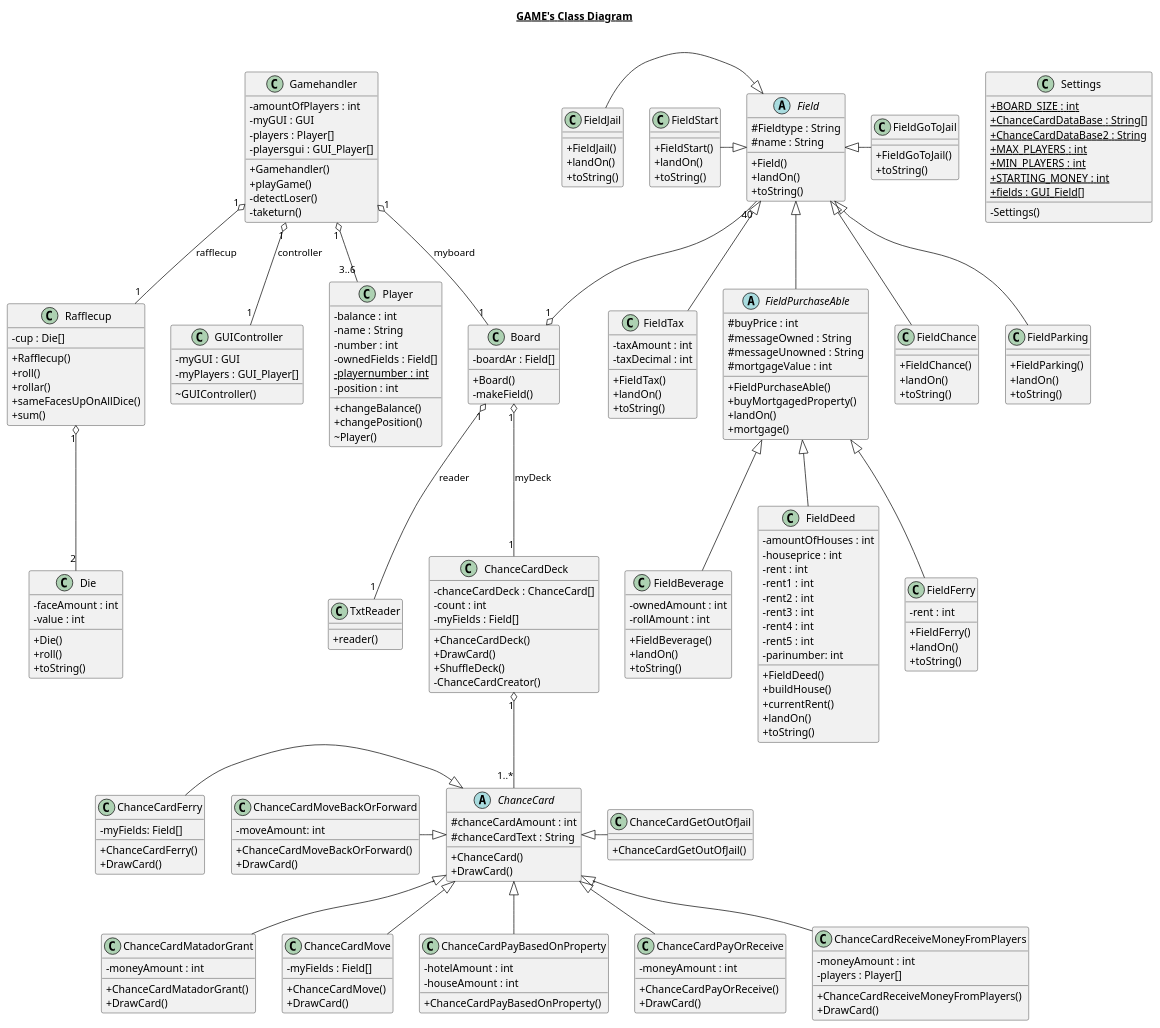
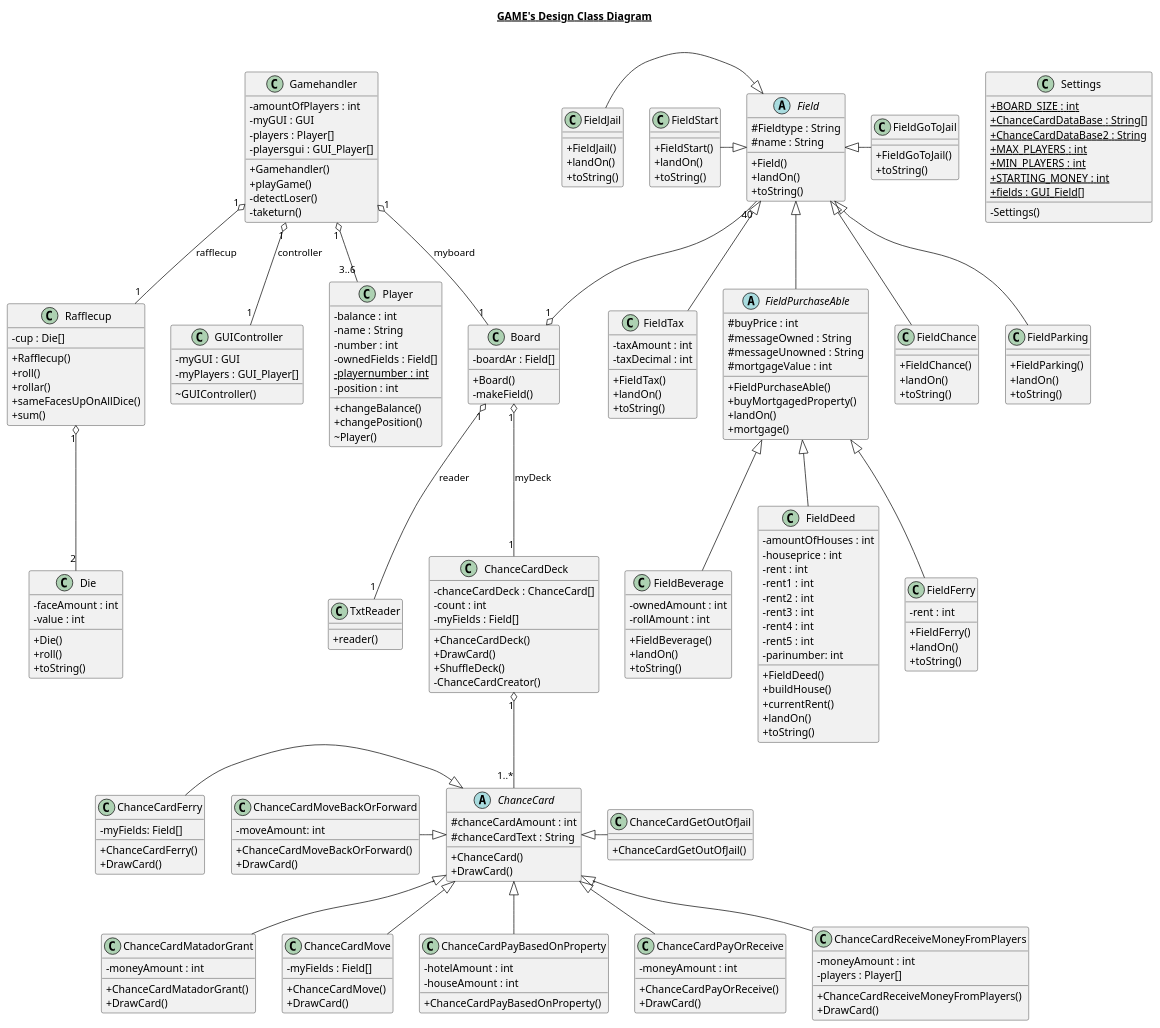
Before and after one commit to christianhyltoft/GAMEassignment: the diagram in UML/DesignClassDiagram.plantuml, drawn with PlantUML.

Commit message:
Diagram update

```diff
--- a/UML/DesignClassDiagram.plantuml
+++ b/UML/DesignClassDiagram.plantuml
@@ -1,7 +1,7 @@
 @startuml
 skinparam classAttributeIconSize 0
 
-title __GAME's Class Diagram__\n
+title __GAME's Design Class Diagram__\n
 
     class Board {
         - boardAr : Field[]
```
